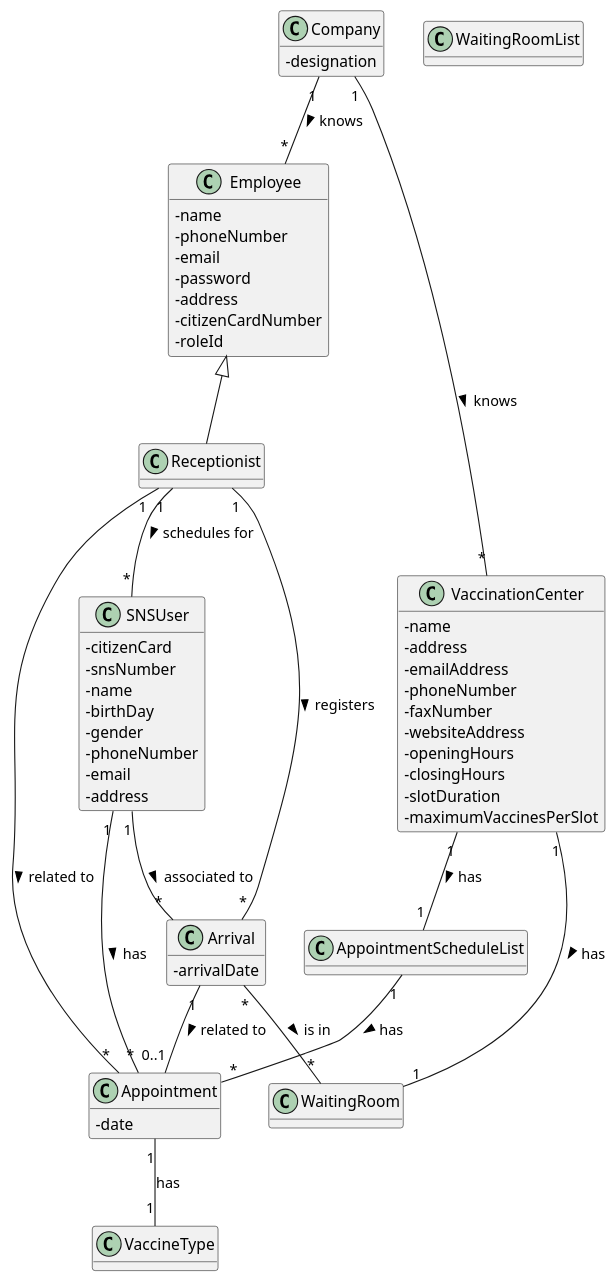
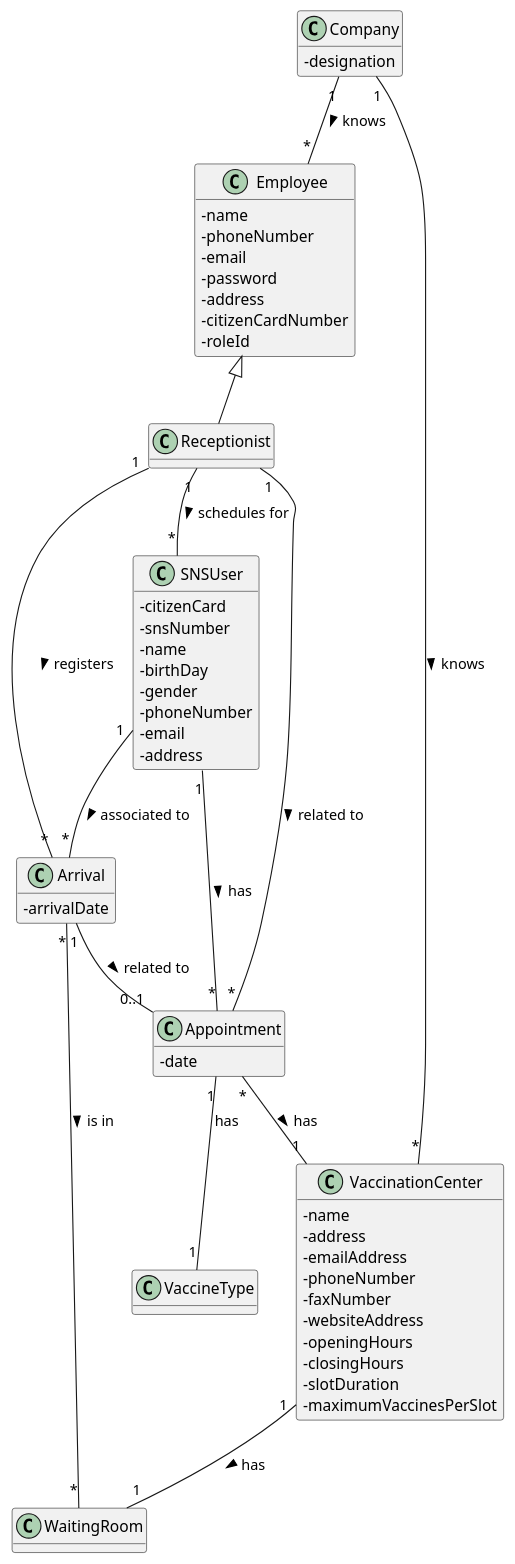
The diagram in docs/SprintC/US04/DM/US04_DM.puml (miseEnPlace-i/lapr2), drawn with PlantUML before and after one commit. The commit also changed 14 other files, not shown here.

```diff
--- a/docs/SprintC/US04/DM/US04_DM.puml
+++ b/docs/SprintC/US04/DM/US04_DM.puml
@@ -1,78 +1,72 @@
 @startuml US04_DM
 hide methods
 ' left to right direction
 skinparam classAttributeIconSize 0
 
 class Appointment {
   -date
   ' -VaccineType
 }
-
-class AppointmentScheduleList {}
 
 class Arrival {
   - arrivalDate
 }
 
 class Company {
   - designation
 }
 
 class Employee {
   - name
   - phoneNumber
   - email
   - password
   - address
   - citizenCardNumber
   - roleId
 }
 
 class Receptionist {}
 
 class SNSUser {
   - citizenCard
   - snsNumber
   - name
   - birthDay
   - gender
   - phoneNumber
   - email
   - address
 }
 
 class VaccinationCenter {
   - name
   - address
   - emailAddress
   - phoneNumber
   - faxNumber
   - websiteAddress
   - openingHours
   - closingHours
   - slotDuration
   - maximumVaccinesPerSlot
 }
 
 class VaccineType {}
 
-class WaitingRoomList {}
-
 
 Arrival "1" -- "0..1" Appointment : related to >
 Arrival "*" -- "*" WaitingRoom : is in >
-' Appointment "1" -- "1" VaccinationCenter : has >
-AppointmentScheduleList "1" -- "*" Appointment : has >
+Appointment "*" -- "1" VaccinationCenter : has >
 Appointment "1" -- "1" VaccineType : has 
 Company "1" -- "*" Employee : knows >
 Company "1" -- "*" VaccinationCenter : knows >
 Employee <|-- Receptionist
 Receptionist "1" -- "*" Appointment : related to >
 Receptionist "1" -- "*" Arrival : registers >
 Receptionist "1" -- "*" SNSUser : schedules for >
 SNSUser "1" -- "*" Arrival : associated to >
 SNSUser "1" -- "*" Appointment : has >
 VaccinationCenter "1" -- "1" WaitingRoom : has >
-VaccinationCenter "1" -- "1" AppointmentScheduleList : has >
 
 @enduml
```
